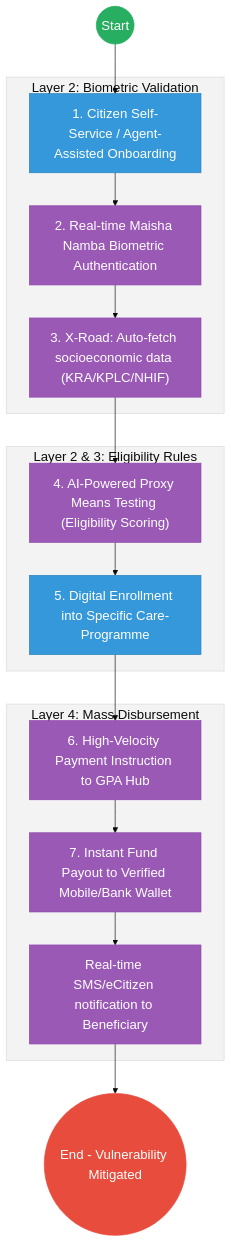
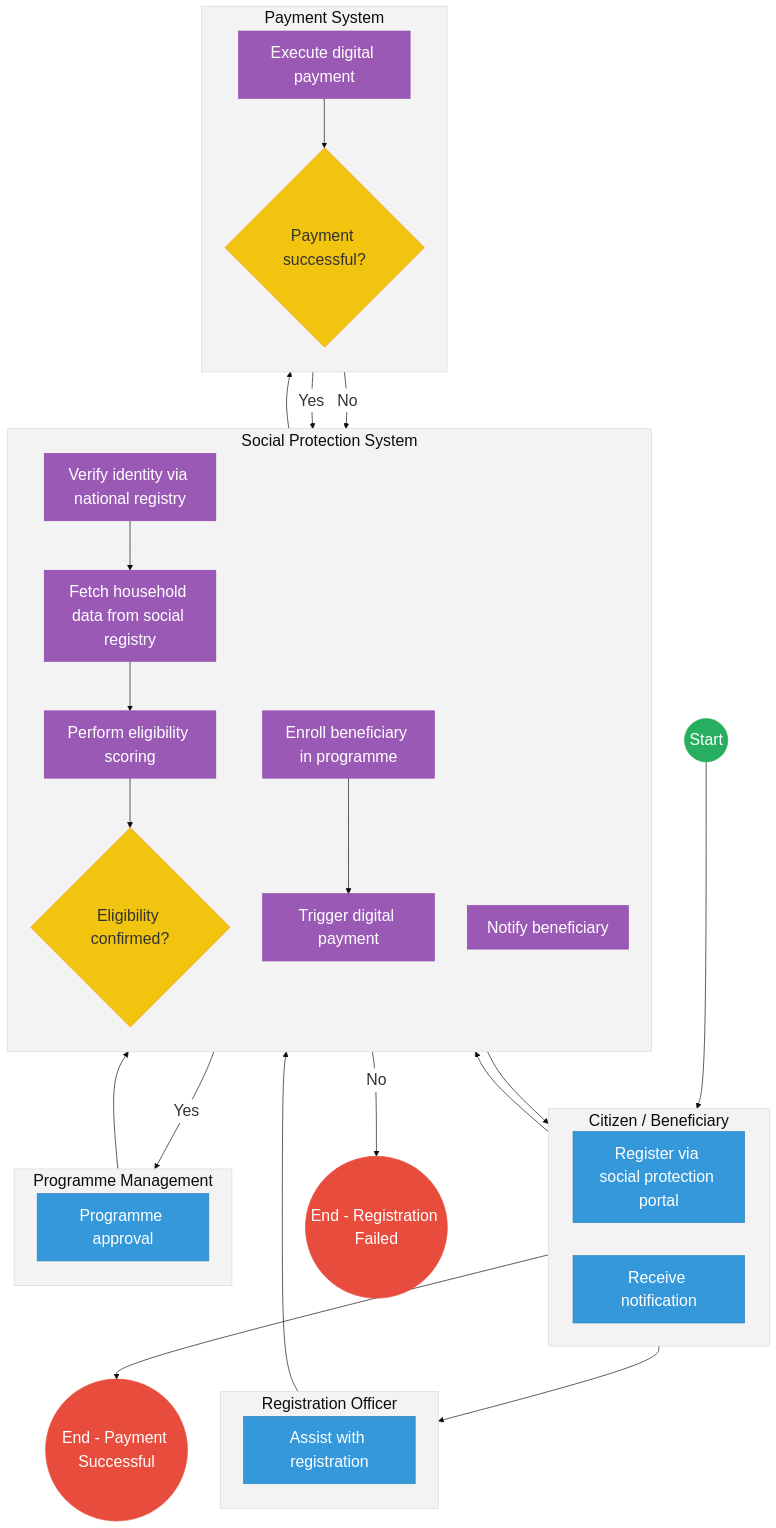
The second of 2 diagrams in mdas/docs_final/priority_mdas/State_Department_for_Special_Programmes___Service_Delivery.md (BITZ-IT-Consulting-LTD/ictapoc), drawn with Mermaid before and after one commit. The commit also changed other lines of this file and 90 other files, not shown here.

````diff
--- a/mdas/docs_final/priority_mdas/State_Department_for_Special_Programmes___Service_Delivery.md
+++ b/mdas/docs_final/priority_mdas/State_Department_for_Special_Programmes___Service_Delivery.md
@@ -110,33 +165,78 @@
 ```mermaid
-%%{init: { 'theme': 'base', 'themeVariables': { 'fontSize': '20px', 'fontFamily': 'Inter, system-ui, sans-serif', 'primaryColor': '#ffffff', 'edgeLabelBackground':'#ffffff', 'tertiaryColor': '#f3f3f3', 'mainBkg': '#ffffff', 'nodeBorder': '#333333' } } }%%
+%%{init: { 'theme': 'base', 'themeVariables': { 'fontSize': '24px', 'fontFamily': 'Inter, system-ui, sans-serif', 'primaryColor': '#ffffff', 'edgeLabelBackground':'#ffffff', 'tertiaryColor': '#f3f3f3', 'mainBkg': '#ffffff', 'nodeBorder': '#333333' } } }%%
 flowchart TD
-    Start((Start)) --> Portal["1. Citizen Self-Service / Agent-Assisted Onboarding"]
-    
-    subgraph Trust_Hub["Layer 2: Biometric Validation"]
-        Portal --> Verify["2. Real-time Maisha Namba Biometric Authentication"]
-        Verify --> Fetch["3. X-Road: Auto-fetch socioeconomic data (KRA/KPLC/NHIF)"]
+    %% Events
+    Start((Start))
+    EndSuccess(("End - Payment Successful"))
+    EndFail(("End - Registration Failed"))
+
+    subgraph Citizen["Citizen / Beneficiary"]
+        direction LR
+        RegPort["Register via social protection portal"]
+        RecNotif["Receive notification"]
     end
 
-    subgraph Operations["Layer 2 & 3: Eligibility Rules"]
-        Fetch --> Scoring["4. AI-Powered Proxy Means Testing (Eligibility Scoring)"]
-        Scoring --> Enroll["5. Digital Enrollment into Specific Care-Programme"]
+    subgraph RegOfficer["Registration Officer"]
+        direction TB
+        AssistReg["Assist with registration"]
     end
 
-    subgraph Settlement["Layer 4: Mass Disbursement"]
-        Enroll --> GPA["6. High-Velocity Payment Instruction to GPA Hub"]
-        GPA --> Wallet["7. Instant Fund Payout to Verified Mobile/Bank Wallet"]
-        Wallet --> Notification["Real-time SMS/eCitizen notification to Beneficiary"]
+    subgraph SocSystem["Social Protection System"]
+        direction TB
+        VerID["Verify identity via national registry"]
+        FetchData["Fetch household data from social registry"]
+        EligScore["Perform eligibility scoring"]
+        EligGateway{"Eligibility confirmed?"}
+        EnrollProg["Enroll beneficiary in programme"]
+        TrigPay["Trigger digital payment"]
+        NotifyBen["Notify beneficiary"]
     end
 
-    Notification --> EndProcess(("End - Vulnerability Mitigated"))
+    subgraph ProgMan["Programme Management"]
+        direction TB
+        ProgAppr["Programme approval"]
+    end
 
-    classDef start fill:#27ae60,stroke:#27ae60,color:#fff,font-size:20px;;
-    classDef endNode fill:#e74c3c,stroke:#e74c3c,color:#fff,font-size:20px;;
-    classDef userTask fill:#3498db,stroke:#2980b9,color:#fff,font-size:20px;;
-    classDef serviceTask fill:#9b59b6,stroke:#8e44ad,color:#fff,font-size:20px;;
+    subgraph PaySystem["Payment System"]
+        direction TB
+        ExecPay["Execute digital payment"]
+        PayGateway{"Payment successful?"}
+    end
+
+    %% Flow connections
+    Start --> RegPort
+    RegPort --> AssistReg
+    RegPort --> VerID
+    AssistReg --> VerID
     
-    class Start start;
-    class EndProcess endNode;
-    class Portal,Enroll userTask;
-    class Verify,Fetch,Scoring,GPA,Wallet,Notification serviceTask;
+    VerID --> FetchData
+    FetchData --> EligScore
+    EligScore --> EligGateway
+    
+    EligGateway -- "No" --> EndFail
+    EligGateway -- "Yes" --> ProgAppr
+    
+    ProgAppr --> EnrollProg
+    EnrollProg --> TrigPay
+    TrigPay --> ExecPay
+    
+    ExecPay --> PayGateway
+    PayGateway -- "No" --> TrigPay
+    PayGateway -- "Yes" --> NotifyBen
+    
+    NotifyBen --> RecNotif
+    RecNotif --> EndSuccess
+
+    %% Styling
+    classDef startEvent fill:#27ae60,stroke:#27ae60,color:#fff,font-size:24px,font-size:24px;;
+    classDef endEvent fill:#e74c3c,stroke:#e74c3c,color:#fff,font-size:24px,font-size:24px;;
+    classDef userTask fill:#3498db,stroke:#2980b9,color:#fff,font-size:24px,font-size:24px;;
+    classDef serviceTask fill:#9b59b6,stroke:#8e44ad,color:#fff,font-size:24px,font-size:24px;;
+    classDef gateway fill:#f1c40f,stroke:#f39c12,color:#333,font-size:24px,font-size:24px;;
+    
+    class Start startEvent;
+    class EndSuccess,EndFail endEvent;
+    class EligGateway,PayGateway gateway;
+    class VerID,FetchData,EligScore,EnrollProg,TrigPay,NotifyBen,ExecPay serviceTask;
+    class RegPort,AssistReg,ProgAppr,RecNotif userTask;
 ```
````
